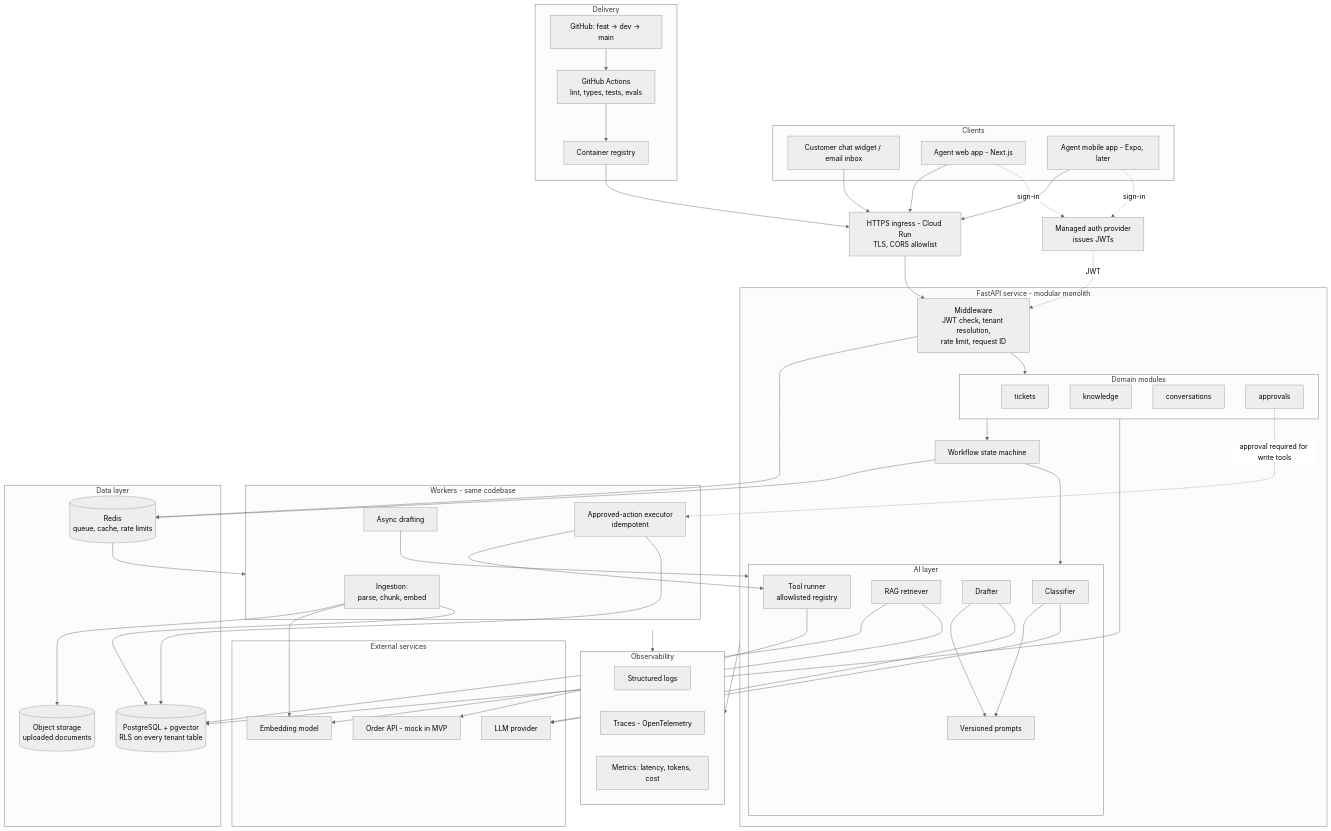
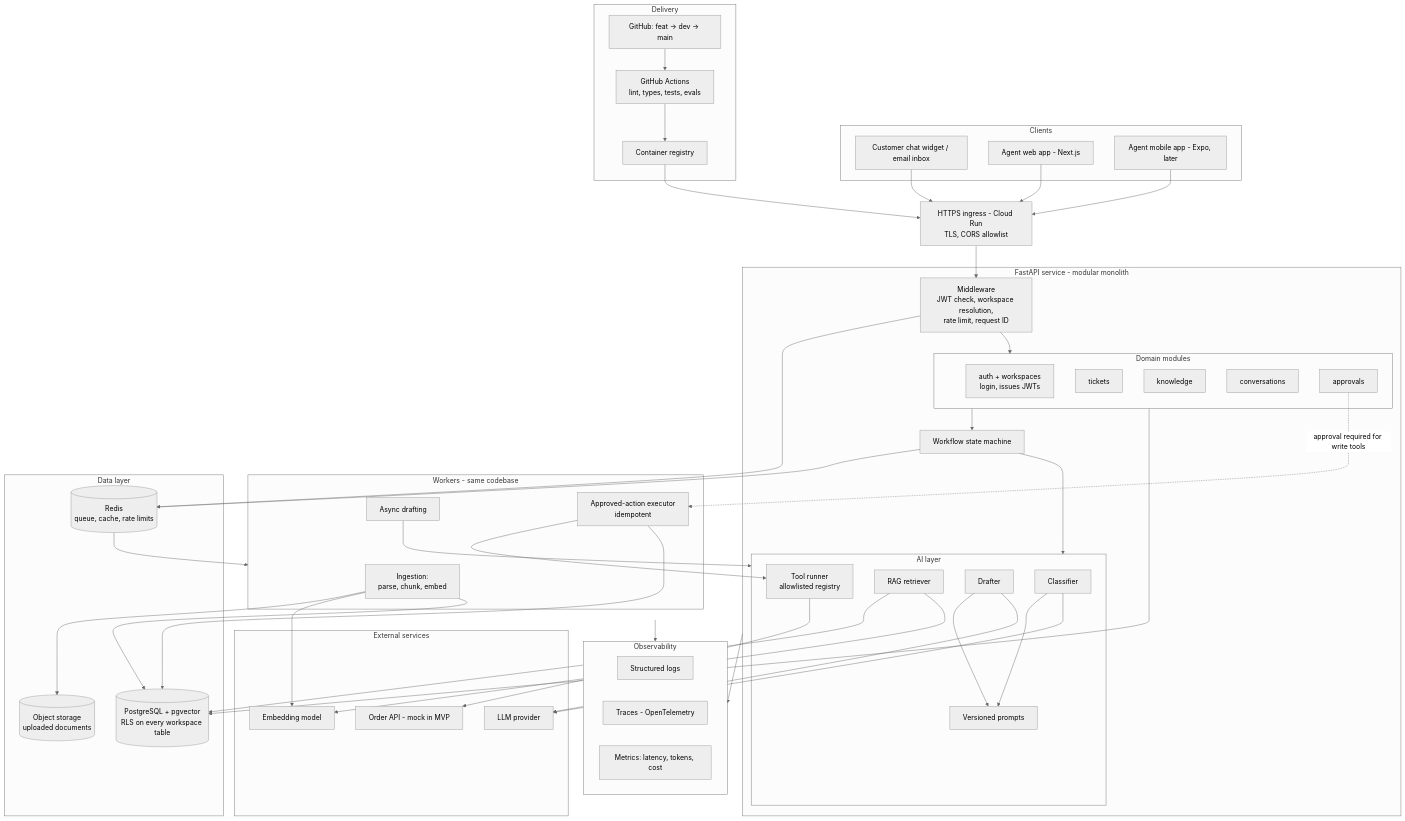
Before and after one commit to abdulsammad2004/resolveai: the first of 3 diagrams in docs/architecture.md, drawn with Mermaid (neutral theme). The commit also changed other lines of this file, not shown here.

Commit message:
Align architecture doc with implemented auth and tenancy

```diff
--- a/docs/architecture.md
+++ b/docs/architecture.md
@@ -37,12 +37,12 @@
     MOB["Agent mobile app - Expo, later"]
   end
 
-  AUTHP["Managed auth provider<br/>issues JWTs"]
   GW["HTTPS ingress - Cloud Run<br/>TLS, CORS allowlist"]
 
   subgraph API["FastAPI service - modular monolith"]
-    MW["Middleware<br/>JWT check, tenant resolution,<br/>rate limit, request ID"]
+    MW["Middleware<br/>JWT check, workspace resolution,<br/>rate limit, request ID"]
     subgraph MODS["Domain modules"]
+      AU["auth + workspaces<br/>login, issues JWTs"]
       TK["tickets"]
       KN["knowledge"]
       CV["conversations"]
@@ -65,7 +65,7 @@
   end
 
   subgraph DATA["Data layer"]
-    PG[("PostgreSQL + pgvector<br/>RLS on every tenant table")]
+    PG[("PostgreSQL + pgvector<br/>RLS on every workspace table")]
     RD[("Redis<br/>queue, cache, rate limits")]
     OBJ[("Object storage<br/>uploaded documents")]
   end
@@ -91,9 +91,6 @@
   CW --> GW
   WEB --> GW
   MOB --> GW
-  WEB -. sign-in .-> AUTHP
-  MOB -. sign-in .-> AUTHP
-  AUTHP -. JWT .-> MW
   GW --> MW
   MW --> MODS
   MODS --> SM
```
